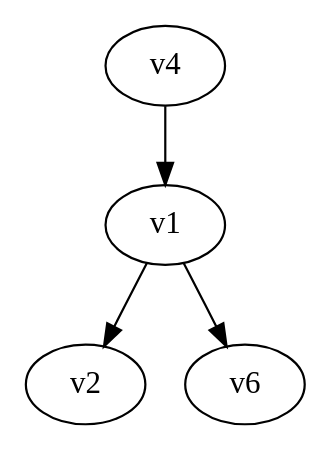
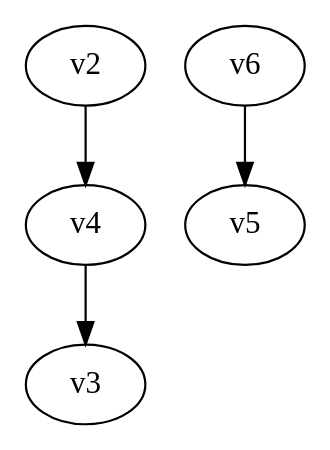
The diagram in digraph.dot (yadej/graph_project), drawn with Graphviz before and after one commit. The commit also changed 4 other files, not shown here.

```diff
--- a/digraph.dot
+++ b/digraph.dot
@@ -1,5 +1,4 @@
 digraph G { 
-v1 -> v2;
-v1 -> v6;
-v4 -> v1;
+v2 -> v4 -> v3;
+v6 -> v5;
 }
```
